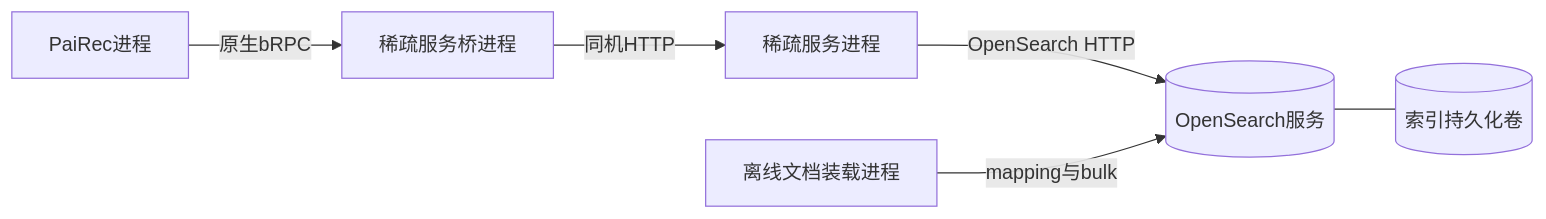
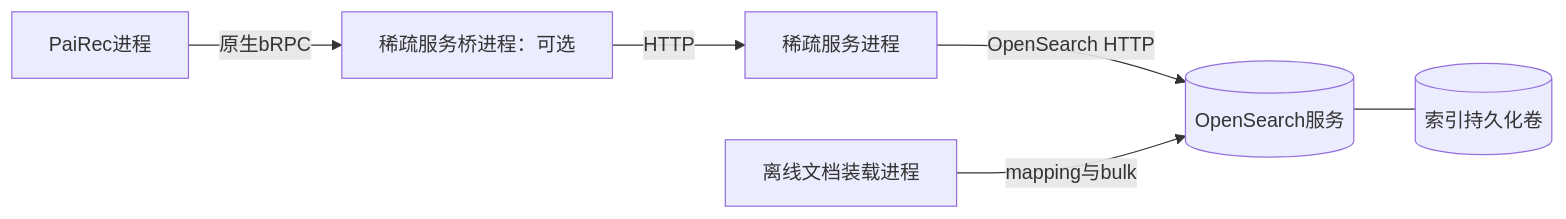
One commit to bitianyuan123/docs changed the diagram in diagrams/07_other_services_09.mmd. Above: the diagram before and after it, drawn with Mermaid. The commit also changed 85 other files, not shown here.

```diff
--- a/diagrams/07_other_services_09.mmd
+++ b/diagrams/07_other_services_09.mmd
@@ -1,6 +1,6 @@
 flowchart LR
-    P[PaiRec进程] -->|原生bRPC| B[稀疏服务桥进程]
-    B -->|同机HTTP| S[稀疏服务进程]
+    P[PaiRec进程] -->|原生bRPC| B[稀疏服务桥进程：可选]
+    B -->|HTTP| S[稀疏服务进程]
     S -->|OpenSearch HTTP| O[(OpenSearch服务)]
     L[离线文档装载进程] -->|mapping与bulk| O
     O --- D[(索引持久化卷)]
```
